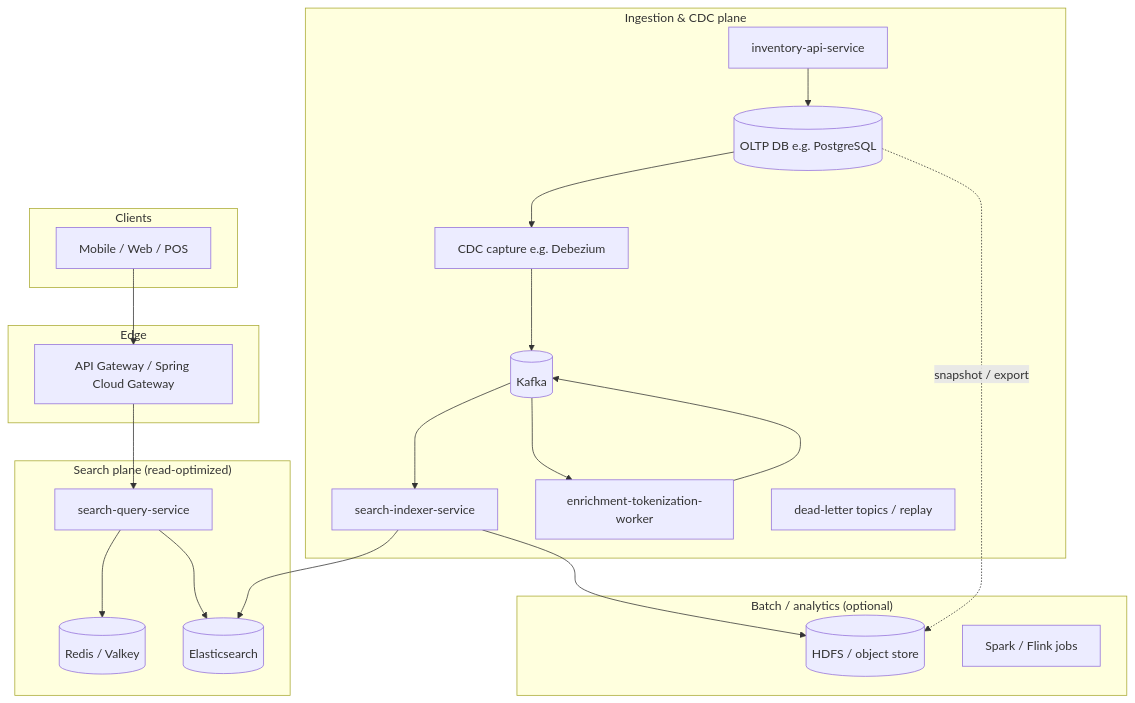
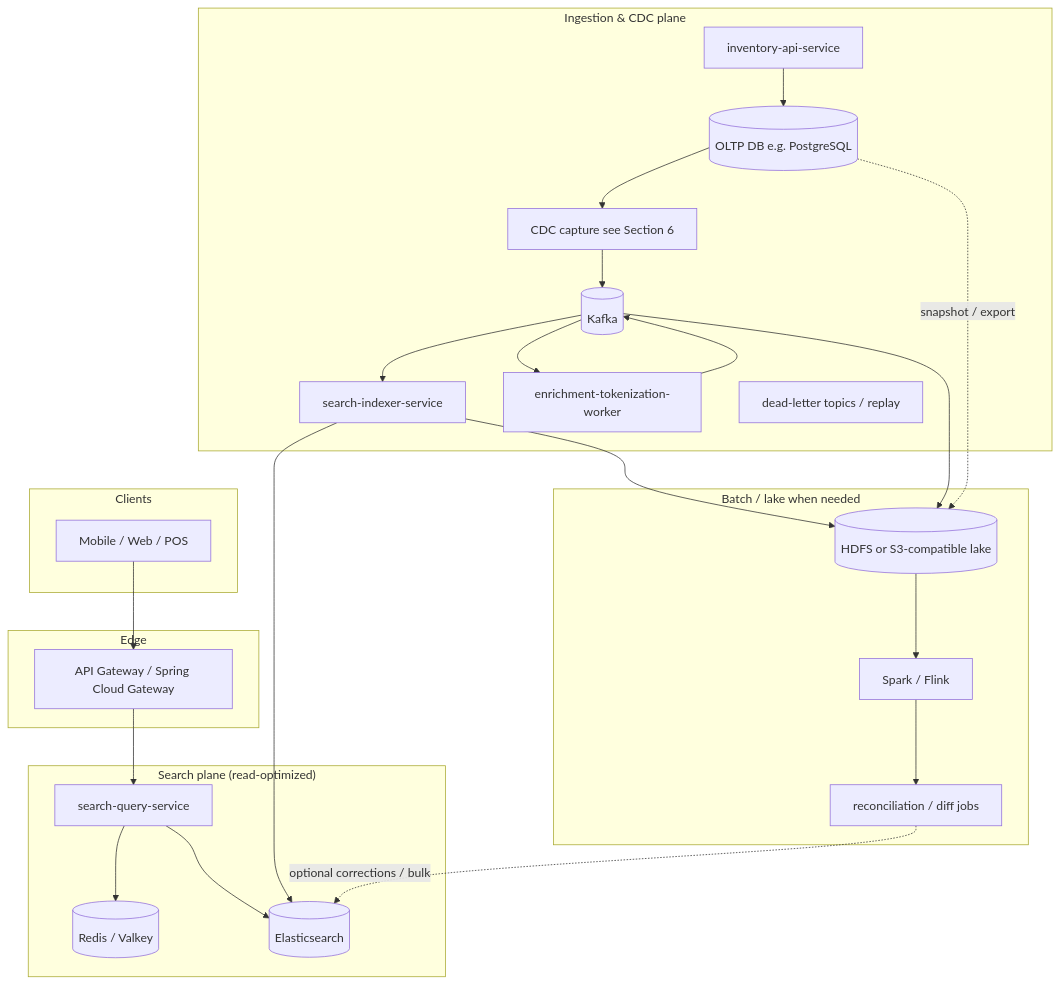
Before and after one commit to hdmsantander/tokenization-demo: the first of 2 diagrams in SEARCH FEATURE.md, drawn with Mermaid. The commit also changed other lines of this file and 1 other file, not shown here.

First line of the commit message:
docs: expand CDC, refresh, Hadoop, industry and alternatives

````diff
--- a/SEARCH FEATURE.md
+++ b/SEARCH FEATURE.md
@@ -23,45 +24,50 @@
 ```mermaid
 flowchart TB
   subgraph Clients
     APP[Mobile / Web / POS]
   end
 
   subgraph Edge
     GW[API Gateway / Spring Cloud Gateway]
   end
 
   subgraph SearchPlane["Search plane (read-optimized)"]
     QS[search-query-service]
     REDIS[(Redis / Valkey)]
     ES[(Elasticsearch)]
   end
 
   subgraph IngestPlane["Ingestion & CDC plane"]
     INV[inventory-api-service]
     OLTP[(OLTP DB e.g. PostgreSQL)]
-    CDC[CDC capture e.g. Debezium]
+    CDC[CDC capture see Section 6]
     KAFKA[(Kafka)]
     IDX[search-indexer-service]
     ENR[enrichment-tokenization-worker]
     DLQ[dead-letter topics / replay]
   end
 
-  subgraph BatchOptional["Batch / analytics (optional)"]
-    HDFS[(HDFS / object store)]
-    SPARK[Spark / Flink jobs]
+  subgraph BatchPlane["Batch / lake when needed"]
+    HDFS[(HDFS or S3-compatible lake)]
+    SPARK[Spark / Flink]
+    RECON[reconciliation / diff jobs]
   end
 
   APP --> GW
   GW --> QS
   QS --> REDIS
   QS --> ES
   INV --> OLTP
   OLTP --> CDC
   CDC --> KAFKA
   KAFKA --> ENR
   ENR --> KAFKA
   KAFKA --> IDX
   IDX --> ES
   IDX --> HDFS
+  KAFKA --> HDFS
   OLTP -. snapshot / export .-> HDFS
+  HDFS --> SPARK
+  SPARK --> RECON
+  RECON -. optional corrections / bulk .-> ES
 ```
````
